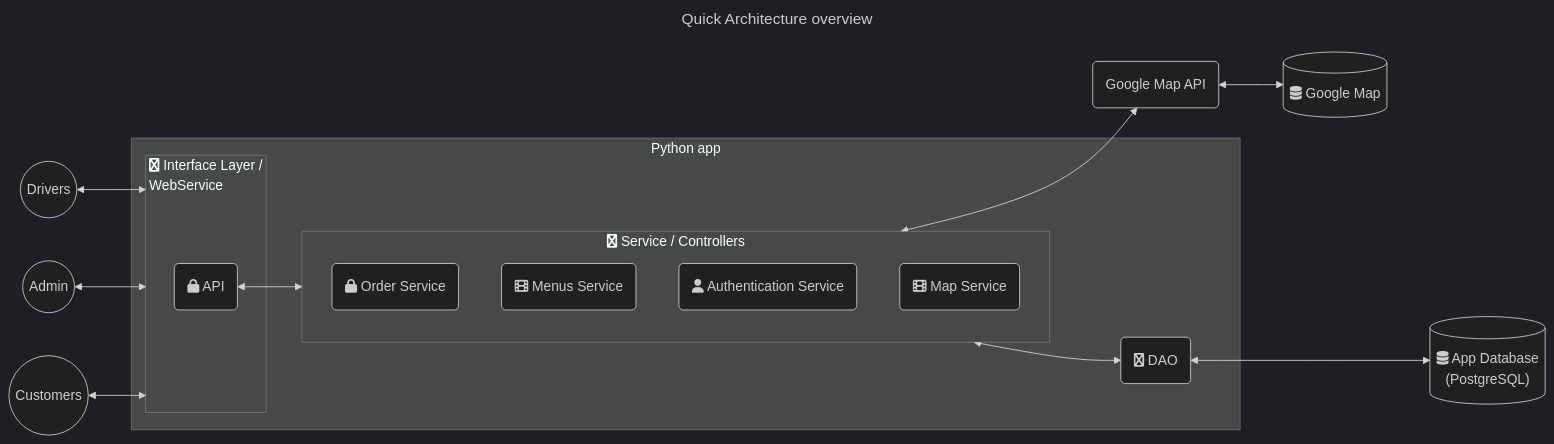
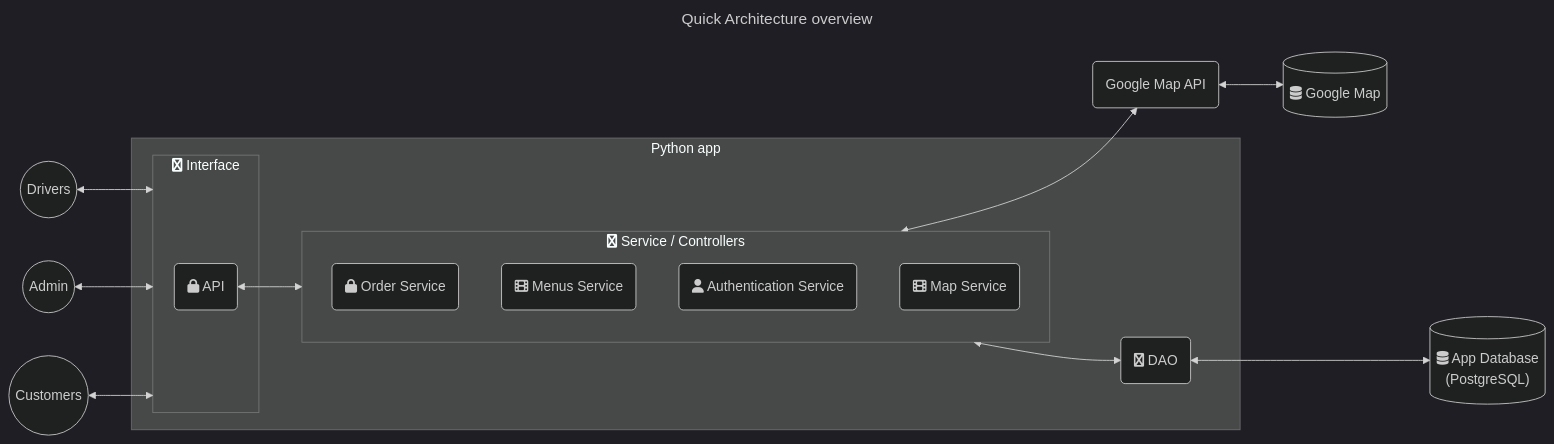
One commit to no0e/Projet2A_Ub-EJR-Eats changed the diagram in Architecture diagram.md. Above: the diagram before and after it, drawn with Mermaid (dark theme).

Commit message:
achitecture diagram

````diff
--- a/Architecture diagram.md
+++ b/Architecture diagram.md
@@ -2,35 +2,35 @@
 ```mermaid
 ---
 title: Quick Architecture overview
 ---
     graph LR
     USR1((Drivers))
     USR2((Admin))
     USR3((Customers))
     DB[("fa:fa-database App Database \n (PostgreSQL)" )]
     INT(fa:fa-python Interface Layer / \n WebService)
     DAO(fa:fa-python DAO)
     SVC(fa:fa-python Service / \n Controllers )
     MDB[(fa:fa-database Google Map)]
     MDBAPI(Google Map API)
 
     USR1 <--> INT
     USR2 <--> INT
     USR3 <--> INT
         subgraph Python app 
             API<-->SVC<-->DAO
-            subgraph INT[fa:fa-python Interface Layer / \n WebService]
+            subgraph INT[fa:fa-python Interface ]
                 API(fa:fa-lock API)
             end
             subgraph SVC [fa:fa-python Service / Controllers]
                 ORD(fa:fa-lock Order Service)
                 MEN(fa:fa-film Menus Service)
                 AUT(fa:fa-user Authentication Service)
                 MAP(fa:fa-film Map Service)
             end
         end
 
     DAO<--->DB
     MDBAPI <--> MDB
     SVC <--> MDBAPI
 ```
````
